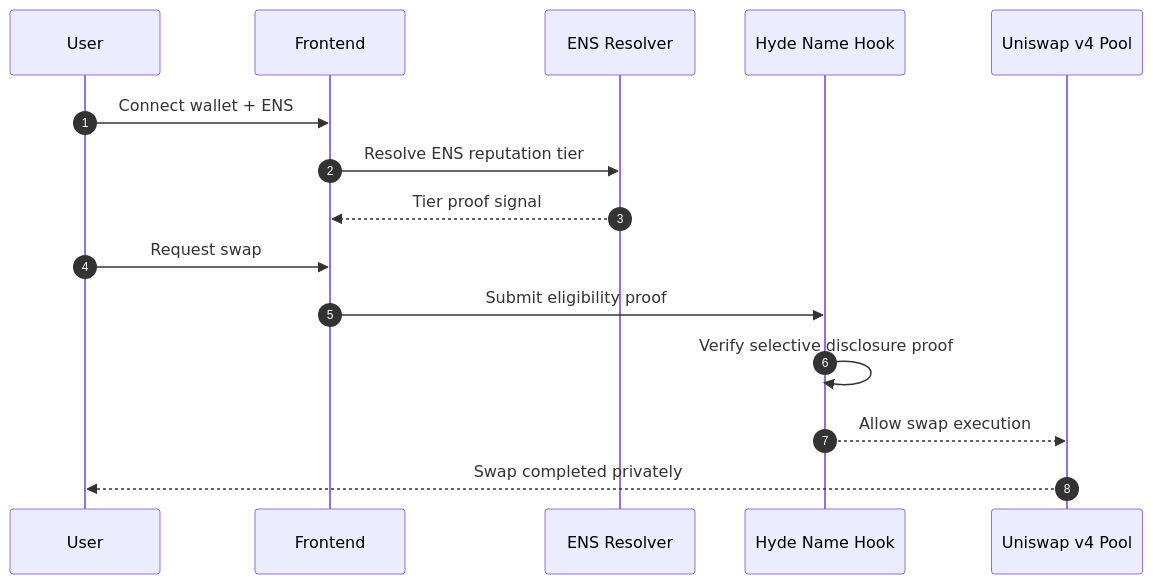
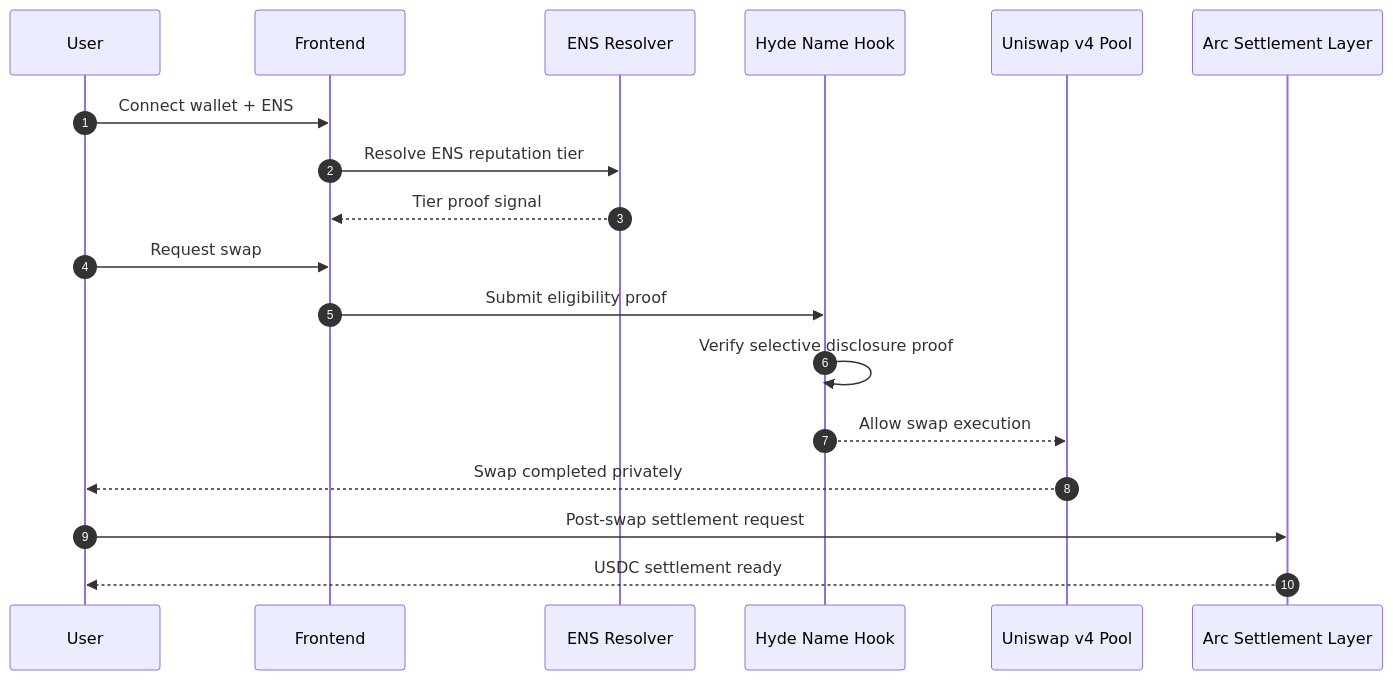
Before and after one commit to Joseph-hackathon/Hyde-Name-Hooks: the first of 2 diagrams in README.md, drawn with Mermaid. The commit also changed other lines of this file and 11 other files, not shown here.

````diff
--- a/README.md
+++ b/README.md
@@ -179,21 +180,24 @@
 ```mermaid
 sequenceDiagram
     autonumber
     participant User
     participant Frontend
     participant ENS as ENS Resolver
     participant HydeHook as Hyde Name Hook
     participant Uniswap as Uniswap v4 Pool
+    participant Arc as Arc Settlement Layer
 
     User->>Frontend: Connect wallet + ENS
     Frontend->>ENS: Resolve ENS reputation tier
     ENS-->>Frontend: Tier proof signal
 
     User->>Frontend: Request swap
     Frontend->>HydeHook: Submit eligibility proof
 
     HydeHook->>HydeHook: Verify selective disclosure proof
     HydeHook-->>Uniswap: Allow swap execution
 
     Uniswap-->>User: Swap completed privately
+    User->>Arc: Post-swap settlement request
+    Arc-->>User: USDC settlement ready
 ```
````
